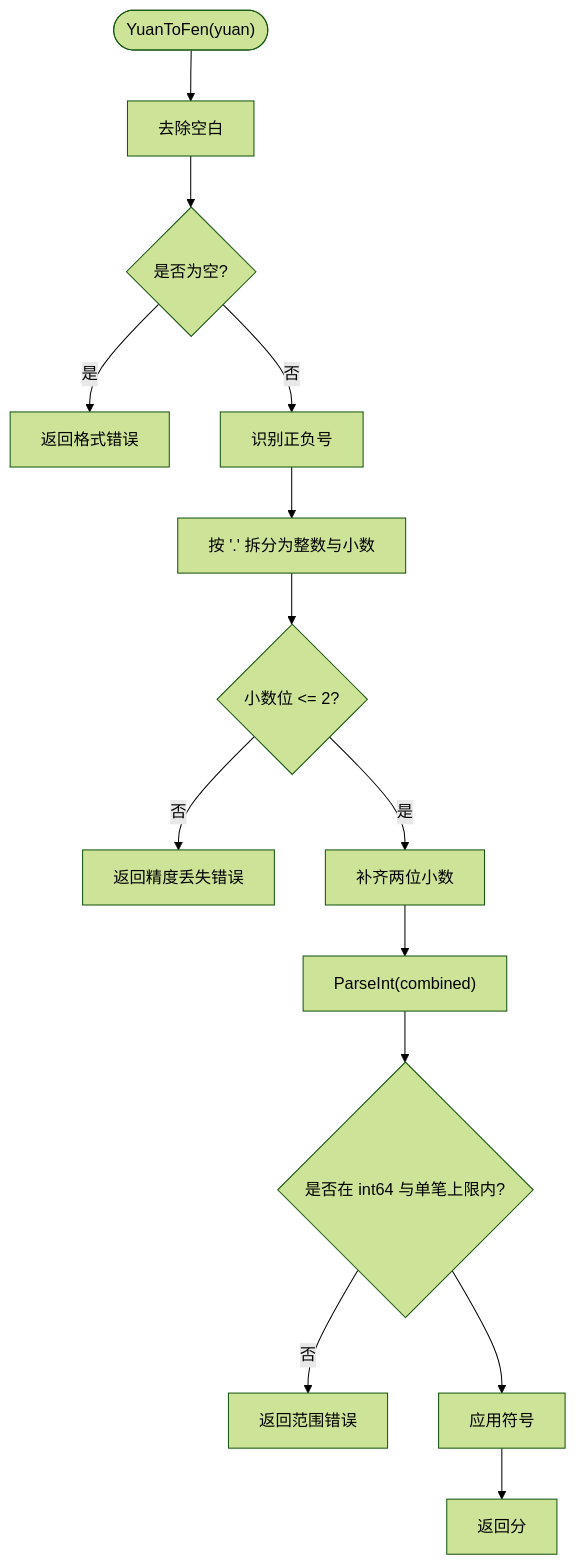
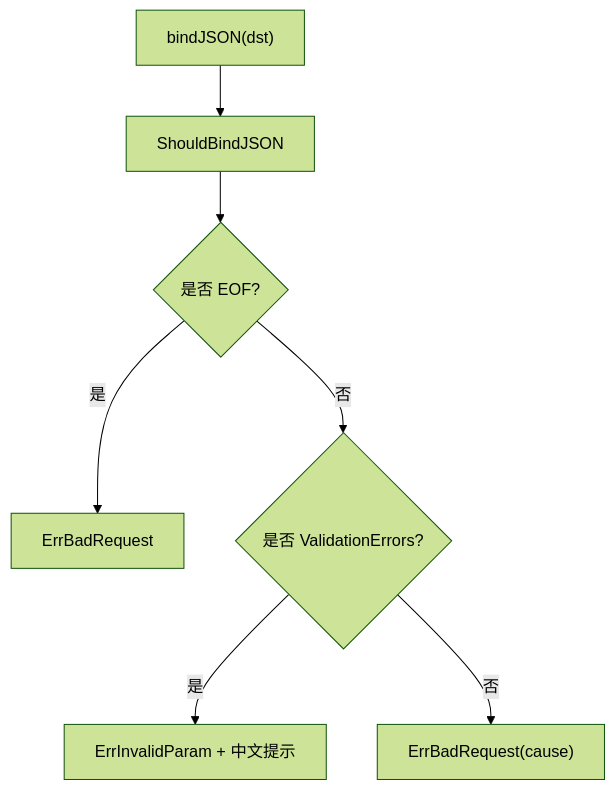
The fifth of 9 diagrams in .qoder/repowiki/zh/content/开发指南.md (gbtdesign/payment), drawn with Mermaid (forest theme) before and after one commit. The commit also changed other lines of this file and 107 other files, not shown here.

````diff
--- a/.qoder/repowiki/zh/content/开发指南.md
+++ b/.qoder/repowiki/zh/content/开发指南.md
@@ -273,16 +256,9 @@
 ```mermaid
 flowchart TD
-Start(["YuanToFen(yuan)"]) --> Trim["去除空白"]
-Trim --> Empty{"是否为空?"}
-Empty --> |是| ErrFormat["返回格式错误"]
-Empty --> |否| Sign["识别正负号"]
-Sign --> Split["按 '.' 拆分为整数与小数"]
-Split --> FractionCheck{"小数位 <= 2?"}
-FractionCheck --> |否| ErrPrecision["返回精度丢失错误"]
-FractionCheck --> |是| Pad["补齐两位小数"]
-Pad --> Parse["ParseInt(combined)"]
-Parse --> Range{"是否在 int64 与单笔上限内?"}
-Range --> |否| ErrRange["返回范围错误"]
-Range --> ApplySign["应用符号"]
-ApplySign --> Return["返回分"]
+Bind["bindJSON(dst)"] --> TryBind["ShouldBindJSON"]
+TryBind --> Empty{"是否 EOF?"}
+Empty --> |是| ErrBadRequest["ErrBadRequest"]
+Empty --> |否| CheckVal{"是否 ValidationErrors?"}
+CheckVal --> |是| ErrInvalidParam["ErrInvalidParam + 中文提示"]
+CheckVal --> |否| ErrBadRequest2["ErrBadRequest(cause)"]
 ```
````
